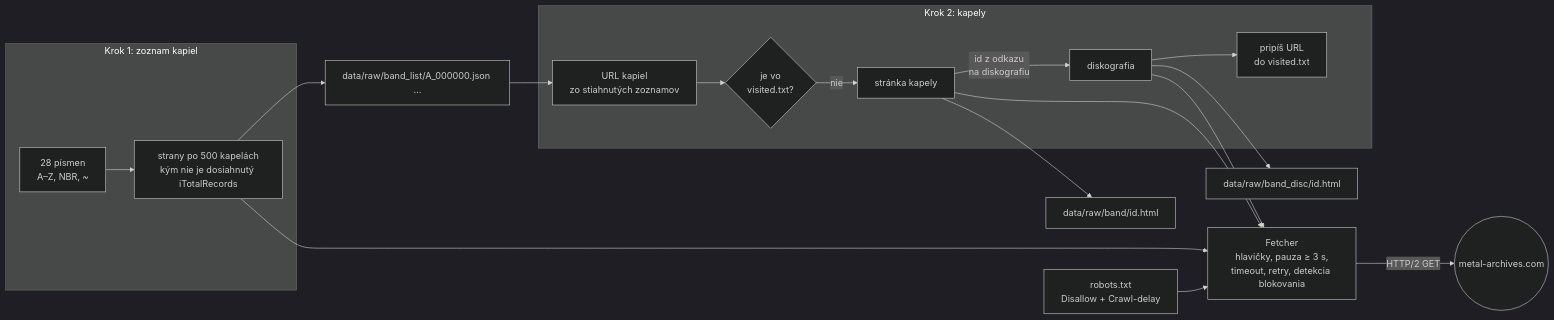
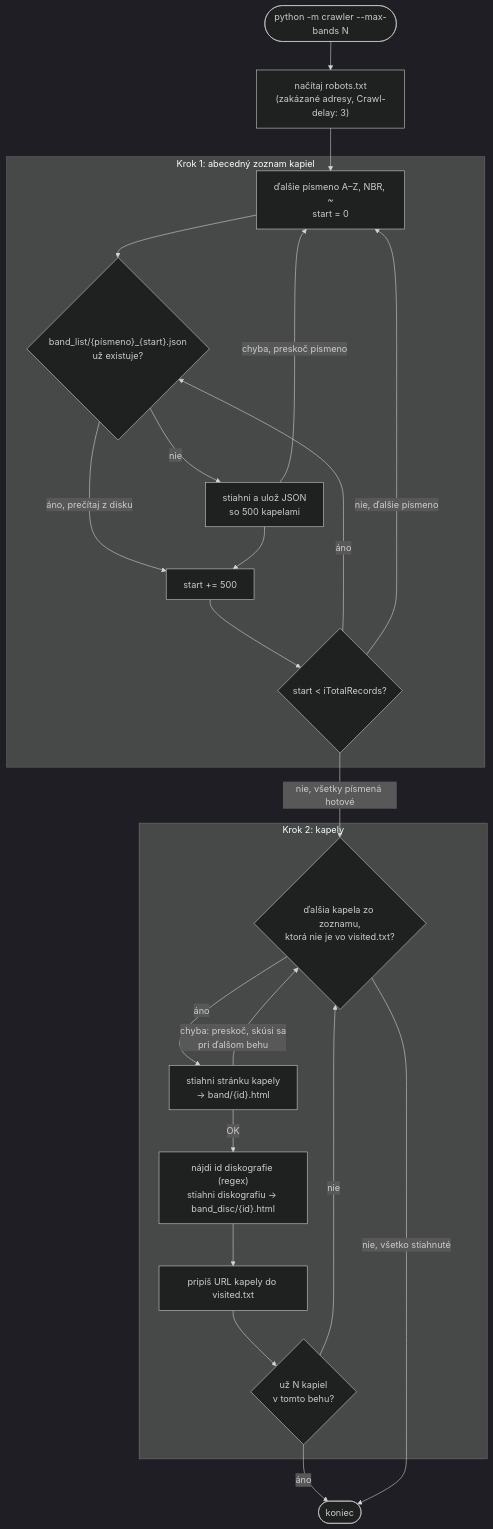
The second of 3 diagrams in docs/konzultacia2.md (K-o-m-A/vinf), drawn with Mermaid (dark theme) before and after one commit. The commit also changed other lines of this file and 4 other files, not shown here.

````diff
--- a/docs/konzultacia2.md
+++ b/docs/konzultacia2.md
@@ -44,21 +65,26 @@
 ```mermaid
-flowchart LR
-    R[robots.txt<br/>Disallow + Crawl-delay] --> FE
-    subgraph K1[Krok 1: zoznam kapiel]
-        L[28 písmen<br/>A–Z, NBR, ~] --> S1[strany po 500 kapelách<br/>kým nie je dosiahnutý iTotalRecords]
+flowchart TD
+    START(["python -m crawler --max-bands N"]) --> R["načítaj robots.txt<br/>(zakázané adresy, Crawl-delay: 3)"]
+    R --> L0
+    subgraph K1["Krok 1: abecedný zoznam kapiel"]
+        L0["ďalšie písmeno A–Z, NBR, ~<br/>start = 0"] --> E1{"band_list/{písmeno}_{start}.json<br/>už existuje?"}
+        E1 -->|nie| DL["stiahni a ulož JSON<br/>so 500 kapelami"]
+        E1 -->|áno, prečítaj z disku| T
+        DL --> T["start += 500"]
+        T --> M1{"start < iTotalRecords?"}
+        M1 -->|áno| E1
     end
-    subgraph K2[Krok 2: kapely]
-        U[URL kapiel<br/>zo stiahnutých zoznamov] --> C{je vo<br/>visited.txt?}
-        C -->|nie| B[stránka kapely]
-        B -->|id z odkazu<br/>na diskografiu| D[diskografia]
-        D --> V[pripíš URL<br/>do visited.txt]
+    M1 -->|nie, ďalšie písmeno| L0
+    DL -->|chyba, preskoč písmeno| L0
+    M1 -->|nie, všetky písmená hotové| B1
+    subgraph K2["Krok 2: kapely"]
+        B1{"ďalšia kapela zo zoznamu,<br/>ktorá nie je vo visited.txt?"} -->|áno| BP["stiahni stránku kapely<br/>→ band/{id}.html"]
+        BP -->|OK| DP["nájdi id diskografie (regex)<br/>stiahni diskografiu → band_disc/{id}.html"]
+        DP --> AP["pripíš URL kapely do visited.txt"]
+        AP --> MX{"už N kapiel<br/>v tomto behu?"}
+        MX -->|nie| B1
+        BP -->|chyba: preskoč, skúsi sa<br/>pri ďalšom behu| B1
     end
-    S1 --> FE
-    B --> FE
-    D --> FE
-    FE[Fetcher<br/>hlavičky, pauza ≥ 3 s,<br/>timeout, retry, detekcia blokovania] -->|HTTP/2 GET| MA((metal-archives.com))
-    S1 --> J[data/raw/band_list/A_000000.json …]
-    J --> U
-    B --> H1[data/raw/band/id.html]
-    D --> H2[data/raw/band_disc/id.html]
+    MX -->|áno| END(["koniec"])
+    B1 -->|nie, všetko stiahnuté| END
 ```
````
